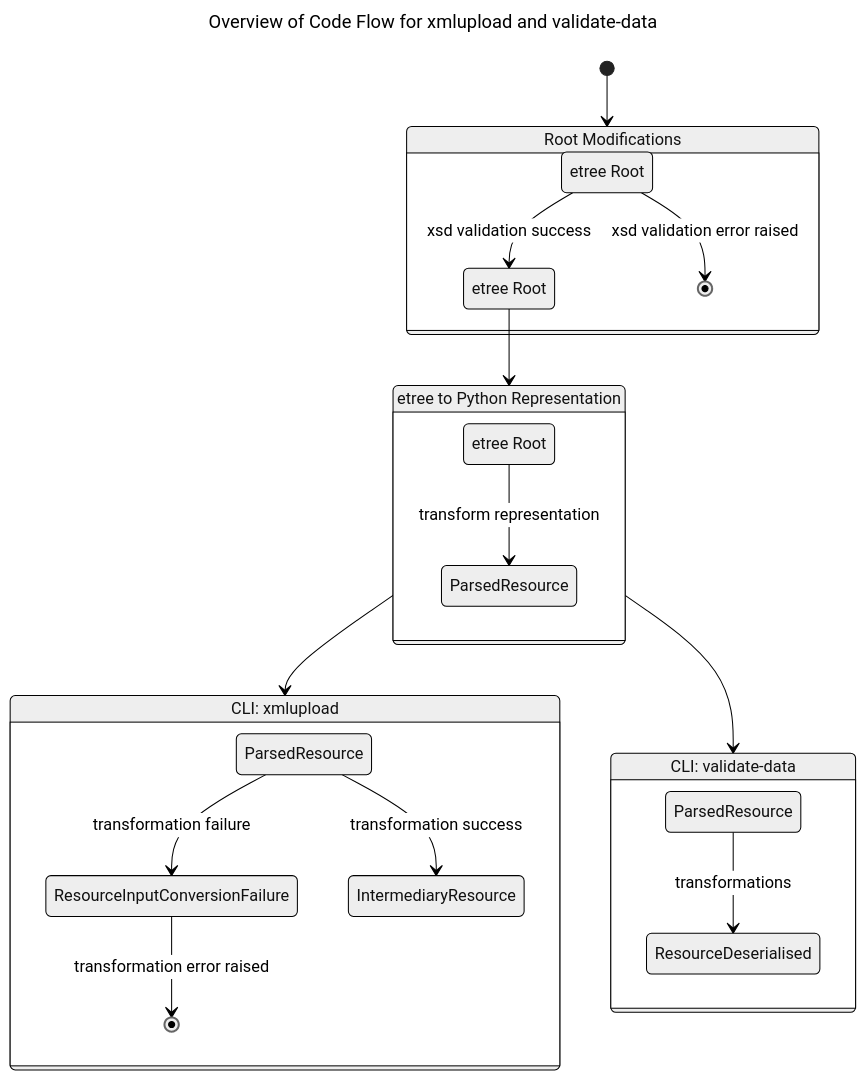
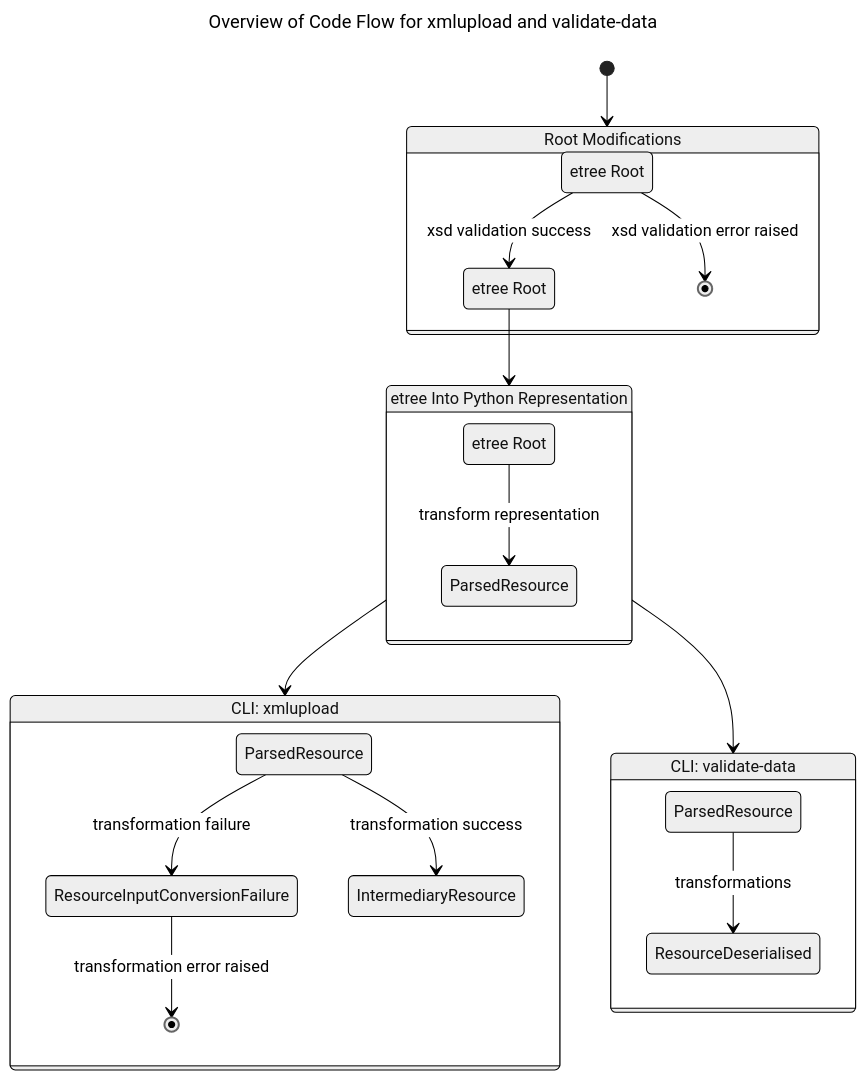
One commit to dasch-swiss/dsp-tools changed the first of 3 diagrams in docs/developers/architecture.md. Above: the diagram before and after it, drawn with Mermaid (neutral theme). The commit also changed other lines of this file, not shown here.

````diff
--- a/docs/developers/architecture.md
+++ b/docs/developers/architecture.md
@@ -7,38 +7,38 @@
 ```mermaid
 ---
 title: Overview of Code Flow for xmlupload and validate-data
 ---
 stateDiagram-v2
 
 state "etree Root" as eroot1
 state "etree Root" as eroot2
 state "etree Root" as eroot3
 state "Root Modifications" as rootwork
-state "etree to Python Representation" as pywork
+state "etree Into Python Representation" as pywork
 state "CLI: xmlupload" as transform
 state "ParsedResource" as parsedres1
 state "ParsedResource" as parsedres2
 state "ParsedResource" as parsedres3
 state "IntermediaryResource" as intermediaryres
 state "CLI: validate-data" as valdata
 
 [*]-->rootwork
 state rootwork {
     eroot1-->eroot2: xsd validation success
     eroot1-->[*]: xsd validation error raised
 }
 eroot2-->pywork
 state pywork {
     eroot3-->parsedres1: transform representation
 }
 pywork-->transform
 state transform {
     ResourceInputConversionFailure-->[*]: transformation error raised
     parsedres2-->intermediaryres: transformation success
     parsedres2-->ResourceInputConversionFailure: transformation failure
 }
 pywork-->valdata
 state valdata {
     parsedres3-->ResourceDeserialised: transformations
 }
 ```
````
